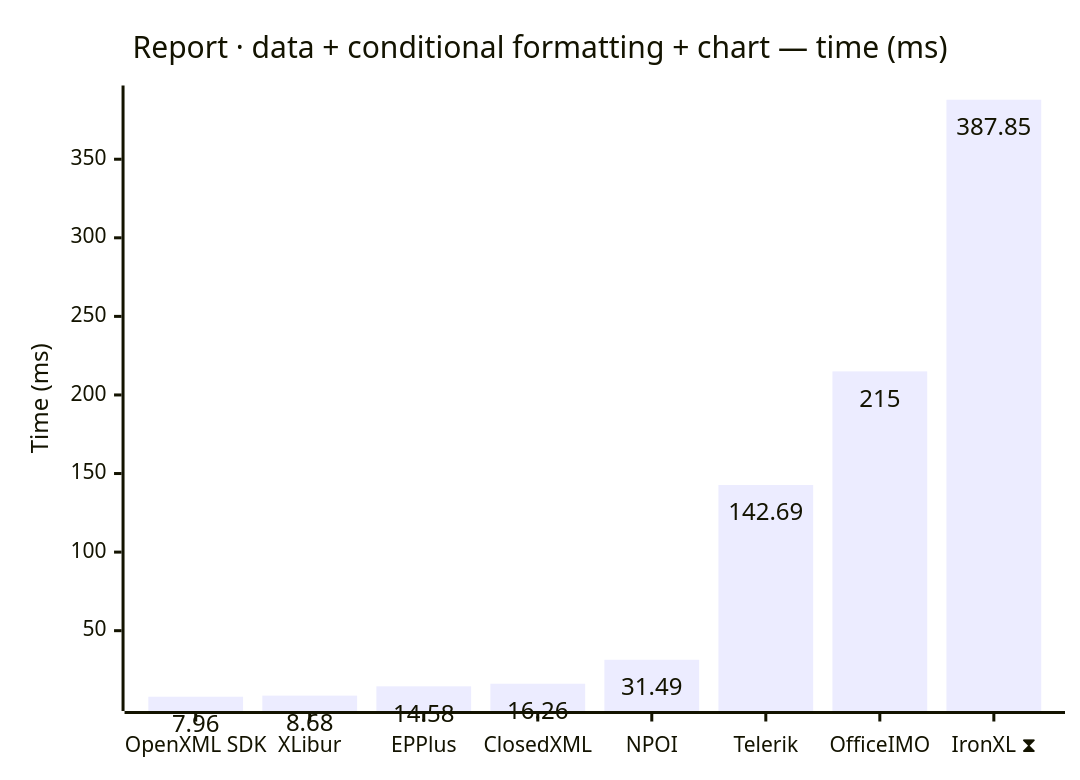
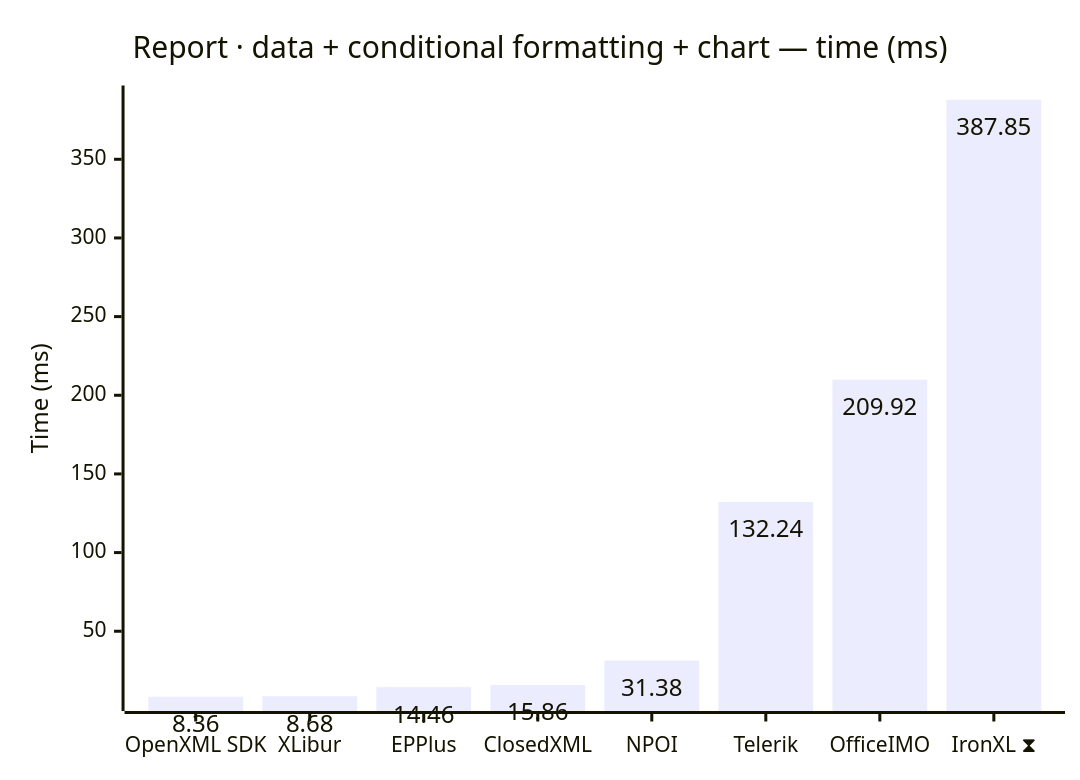
The seventh of 12 diagrams in docs/results.md (jafin/XLBench), drawn with Mermaid before and after one commit. The commit also changed other lines of this file and 4 other files, not shown here.

````diff
--- a/docs/results.md
+++ b/docs/results.md
@@ -120,12 +120,12 @@
 ```mermaid
 ---
 config:
   xyChart:
     showDataLabel: true
 ---
 xychart-beta
     title "Report · data + conditional formatting + chart — time (ms)"
     x-axis ["OpenXML SDK", "XLibur", "EPPlus", "ClosedXML", "NPOI", "Telerik", "OfficeIMO", "IronXL ⧗"]
     y-axis "Time (ms)"
-    bar [7.96, 8.68, 14.58, 16.26, 31.49, 142.69, 215, 387.85]
+    bar [8.36, 8.68, 14.46, 15.86, 31.38, 132.24, 209.92, 387.85]
 ```
````
